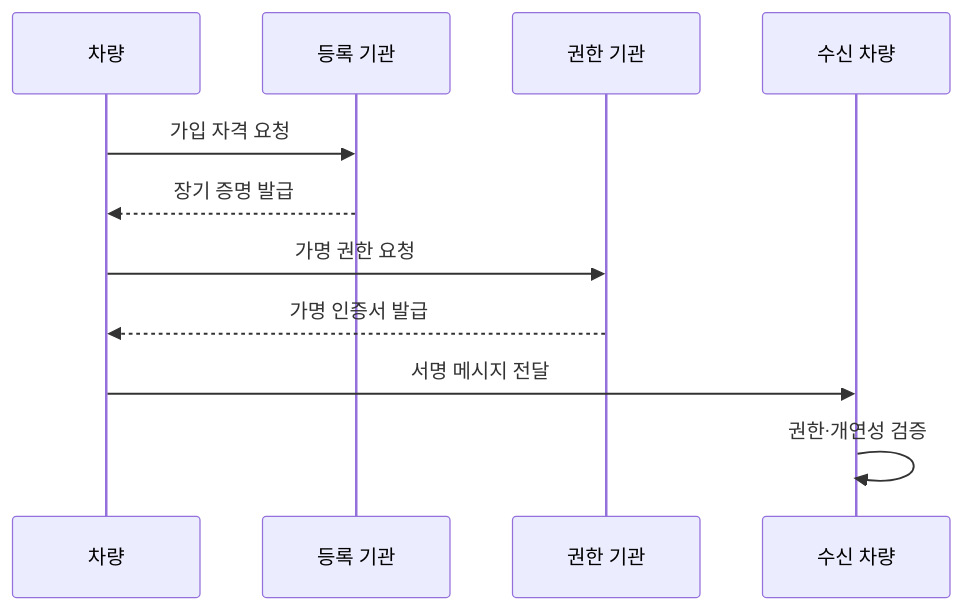
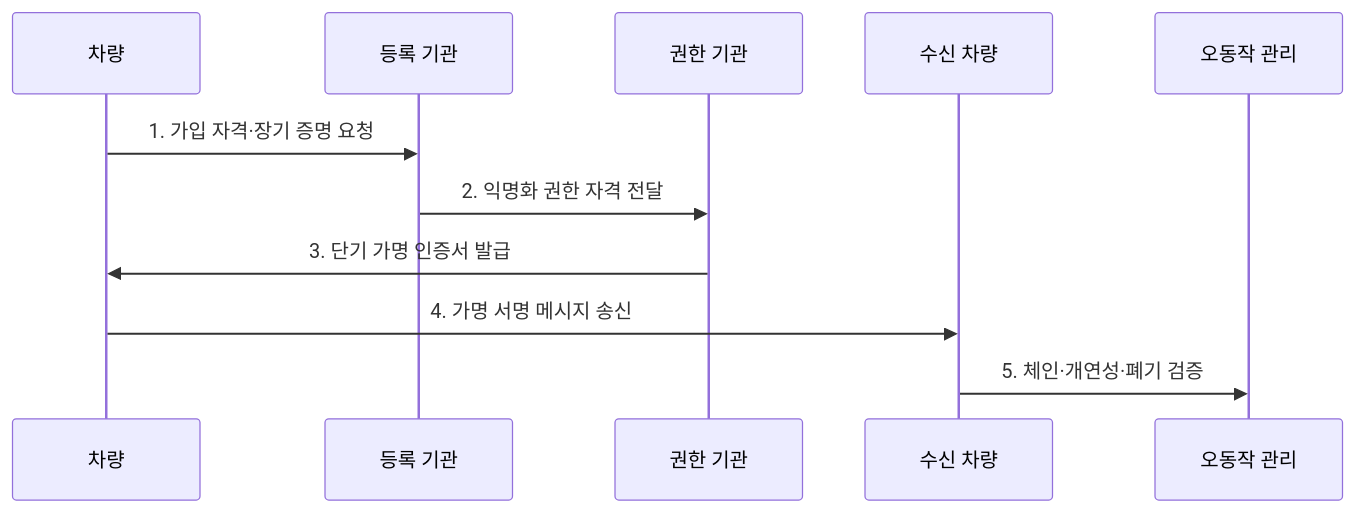
One commit to agnusdei1207/knowledge-base changed the second of 2 diagrams in src/content/docs/notes/05-security/136_vehicle_pki.md. Above: the diagram before and after it, drawn with Mermaid. The commit also changed other lines of this file and 6 other files, not shown here.

````diff
--- a/src/content/docs/notes/05-security/136_vehicle_pki.md
+++ b/src/content/docs/notes/05-security/136_vehicle_pki.md
@@ -83,13 +80,13 @@
 ```mermaid
 sequenceDiagram
-    participant V as 차량
-    participant E as 등록 기관
-    participant A as 권한 기관
-    participant R as 수신 차량
-    V->>E: 가입 자격 요청
-    E-->>V: 장기 증명 발급
-    V->>A: 가명 권한 요청
-    A-->>V: 가명 인증서 발급
-    V->>R: 서명 메시지 전달
-    R->>R: 권한·개연성 검증
+  participant V as 차량
+  participant E as 등록 기관
+  participant A as 권한 기관
+  participant R as 수신 차량
+  participant M as 오동작 관리
+  V->>E: 1. 가입 자격·장기 증명 요청
+  E->>A: 2. 익명화 권한 자격 전달
+  A->>V: 3. 단기 가명 인증서 발급
+  V->>R: 4. 가명 서명 메시지 송신
+  R->>M: 5. 체인·개연성·폐기 검증
 ```
````
